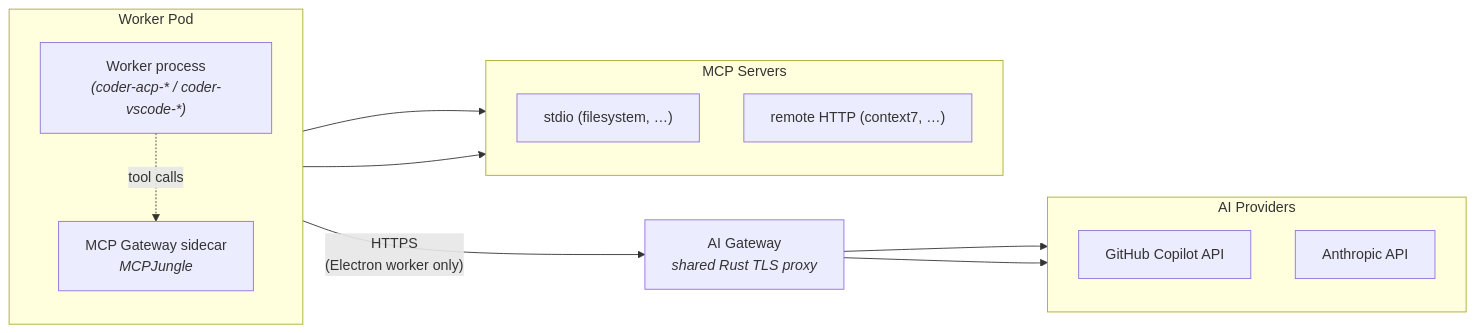
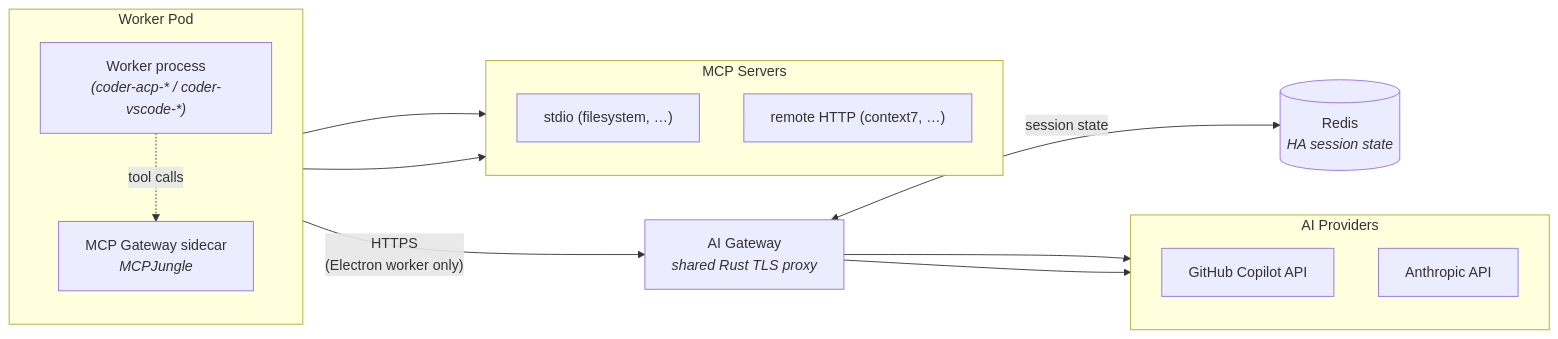
The second of 2 diagrams in README.md (Gile987/scope), drawn with Mermaid before and after one commit. The commit also changed other lines of this file, not shown here.

Commit message:
docs(readme): show AI Gateway Redis-backed HA session state in egress diagram

````diff
--- a/README.md
+++ b/README.md
@@ -66,29 +66,31 @@
 ```mermaid
 flowchart LR
     subgraph Pod["Worker Pod"]
         direction TB
         Worker["Worker process<br/><i>(coder-acp-* / coder-vscode-*)</i>"]
         MCP["MCP Gateway sidecar<br/><i>MCPJungle</i>"]
         Worker -.->|tool calls| MCP
     end
 
     GW["AI Gateway<br/><i>shared Rust TLS proxy</i>"]
+    Redis[(Redis<br/><i>HA session state</i>)]
 
     subgraph AI["AI Providers"]
         direction TB
         Copilot[GitHub Copilot API]
         Anthropic[Anthropic API]
     end
 
     subgraph MCPServers["MCP Servers"]
         direction TB
         StdioMCP["stdio (filesystem, …)"]
         RemoteMCP["remote HTTP (context7, …)"]
     end
 
     Worker -->|"HTTPS<br/>(Electron worker only)"| GW
+    GW <-->|"session state"| Redis
     GW --> Copilot
     GW --> Anthropic
     MCP --> StdioMCP
     MCP --> RemoteMCP
 ```
````
